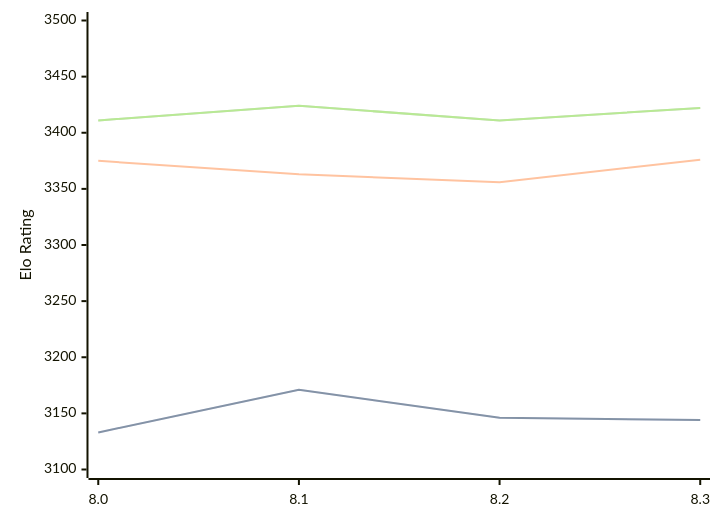
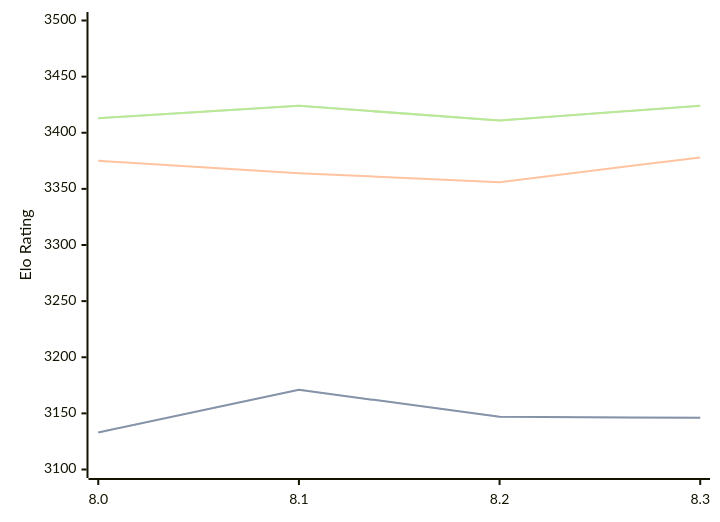
The diagram in engines/Alexander.md (computer-chess-index/cci), drawn with Mermaid before and after one commit. The commit also changed other lines of this file, not shown here.

Commit message:
Update CCI Ratings (ELO VLTC) - 2026-08-21

````diff
--- a/engines/Alexander.md
+++ b/engines/Alexander.md
@@ -34,11 +34,11 @@
 ```mermaid
 %%{init: {"theme":"base","themeVariables":{"seriesColors:['#a3a3a3','#222221','#faa371']}}}%%
 xychart-beta
   x-axis ["8.0", "8.1", "8.2", "8.3"]
   y-axis "Elo Rating" 3100 --> 3500
-  line "STC (8.0+0.08s)" [3133, 3171, 3146, 3144]
-  line "STC (8.0+0.08s)" [3133, 3171, 3146, 3144]
-  line "LTC (60.0+0.60s)" [3375, 3363, 3356, 3376]
-  line "VLTC (2m24s+1.12s)" [3411, 3424, 3411, 3422]
-  line "VLTC (2m24s+1.12s)" [3411, 3424, 3411, 3422]
+  line "STC (8.0+0.08s)" [3133, 3171, 3147, 3146]
+  line "STC (8.0+0.08s)" [3133, 3171, 3147, 3146]
+  line "LTC (60.0+0.60s)" [3375, 3364, 3356, 3378]
+  line "VLTC (2m24s+1.12s)" [3413, 3424, 3411, 3424]
+  line "VLTC (2m24s+1.12s)" [3413, 3424, 3411, 3424]
 ```
````
